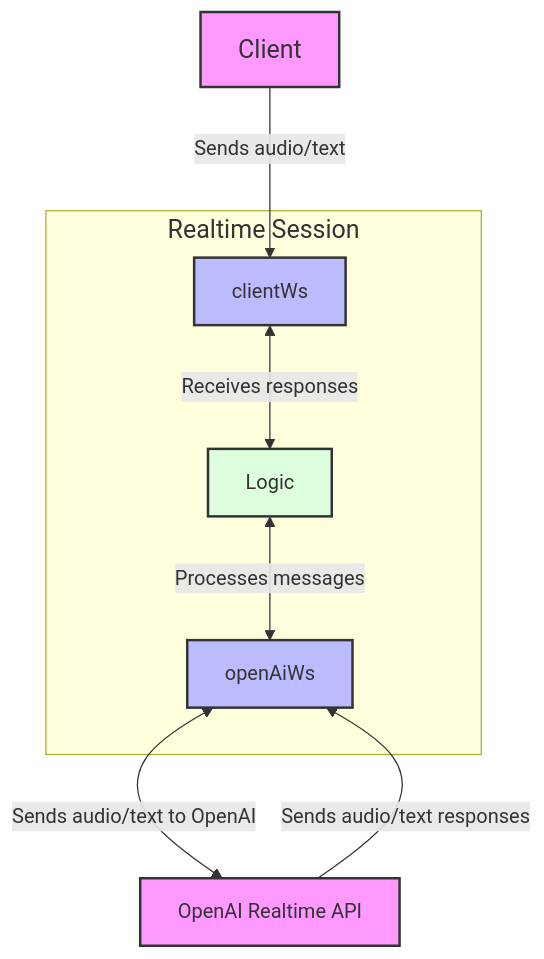
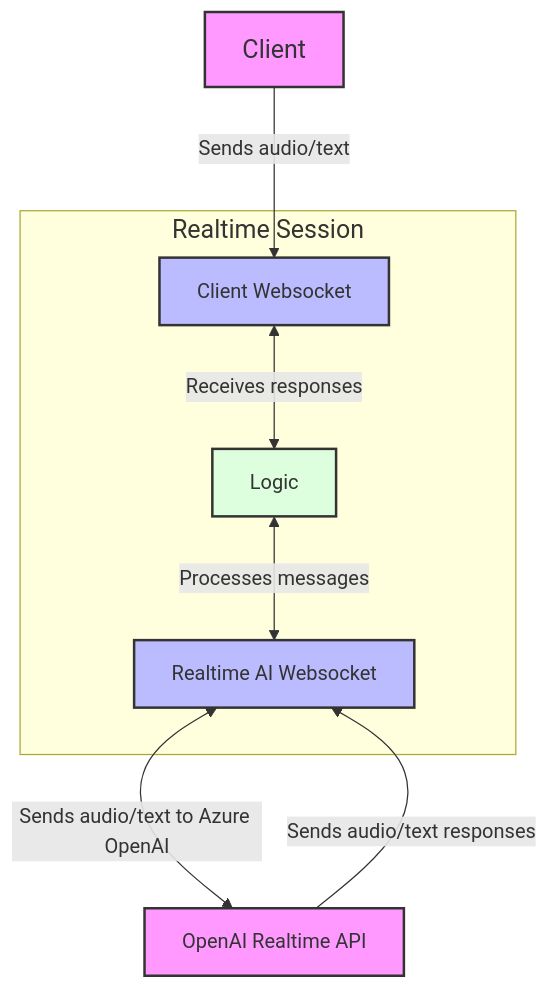
One commit to DanWahlin/RealtimeAIApp-JS changed the diagram in README.md. Above: the diagram before and after it, drawn with Mermaid.

Commit message:
Update diagram text

````diff
--- a/README.md
+++ b/README.md
@@ -51,25 +51,25 @@
 ```mermaid
 %%{init: {'flowchart': {'nodeSpacing': 50, 'rankSpacing': 75}}}%%
 graph TD
-    A[Client] -->|Sends audio/text| B[clientWs]
+    A[Client] -->|Sends audio/text| B[Client Websocket]
     subgraph Realtime_Session["Realtime Session"]
-        B[clientWs]
+        B[Client Websocket]
         C[Logic]
-        D[openAiWs]
+        D[Realtime AI Websocket]
     end
     E[OpenAI Realtime API]
 
     B <-->|Receives responses| C
     C <-->|Processes messages| D
-    D <-->|Sends audio/text to OpenAI| E
+    D <-->|Sends audio/text to Azure OpenAI| E
     E -->|Sends audio/text responses| D
 
     classDef sessionLabel font-size:20px;
     class Realtime_Session sessionLabel
 
     style A fill:#f9f,stroke:#333,stroke-width:2px,font-size:20px;
     style B fill:#bbf,stroke:#333,stroke-width:2px
     style C fill:#dfd,stroke:#333,stroke-width:2px
     style D fill:#bbf,stroke:#333,stroke-width:2px
     style E fill:#f9f,stroke:#333,stroke-width:2px
 ```
````
